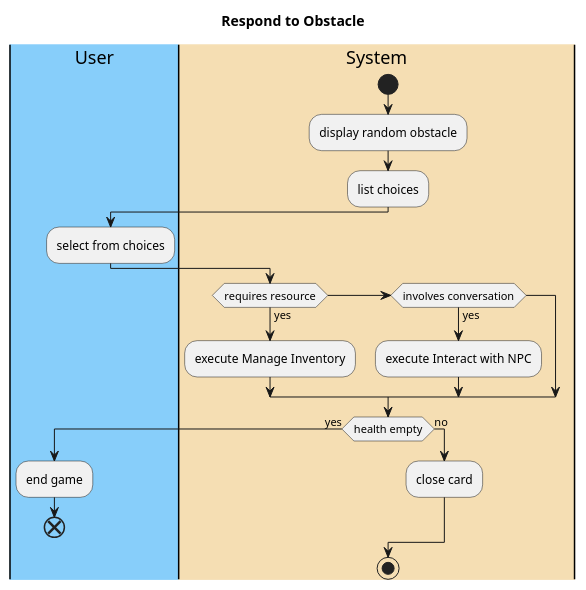
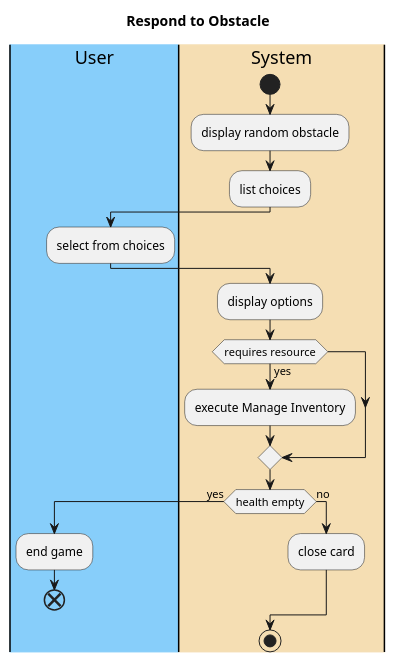
The diagram in CMPU_203_MAS/intellij/doc/use-cases/Respond_To_Obstacles.md (emutchek/MaraudersAtSea), drawn with PlantUML before and after one commit. The commit also changed other lines of this file and 9 other files, not shown here.

````diff
--- a/CMPU_203_MAS/intellij/doc/use-cases/Respond_To_Obstacles.md
+++ b/CMPU_203_MAS/intellij/doc/use-cases/Respond_To_Obstacles.md
@@ -35,30 +34,29 @@
 ```PlantUML
 @startuml
 title Respond to Obstacle
 |#LightSkyBlue|User|
 |#Wheat|System|
 
 |System|
 start
 :display random obstacle;
 :list choices;
 |User|
 :select from choices;
 |System|
+:display options;
 if (requires resource) then (yes)
     :execute Manage Inventory;
-else if (involves conversation) then (yes)
-    :execute Interact with NPC;
 endif
 if (health empty) then (yes)
     |User|
     :end game;
     end
 else (no)
 |System|
 :close card;
 endif
 
 stop
 @enduml
 ```
````
